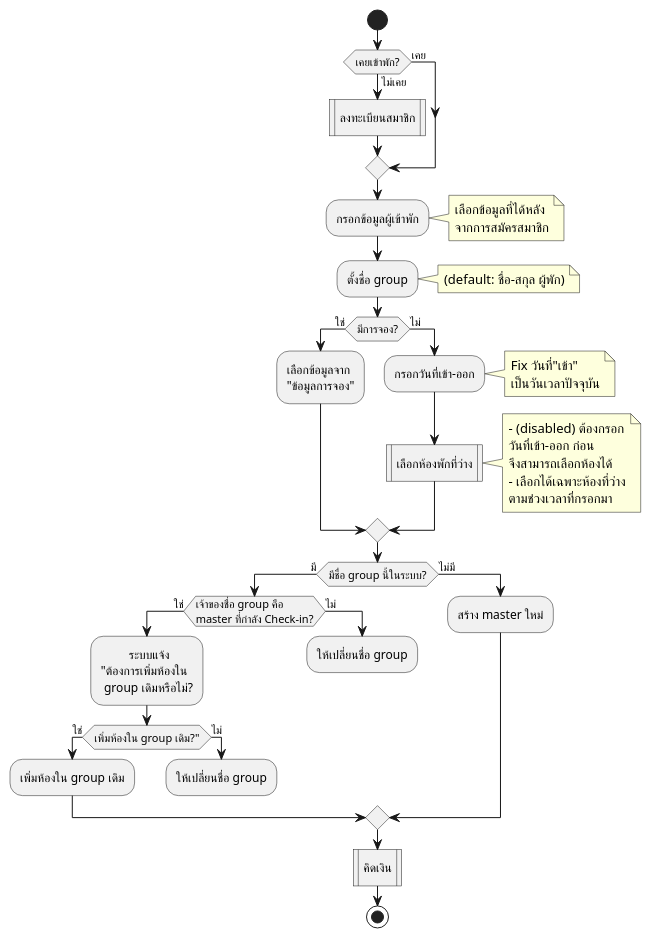
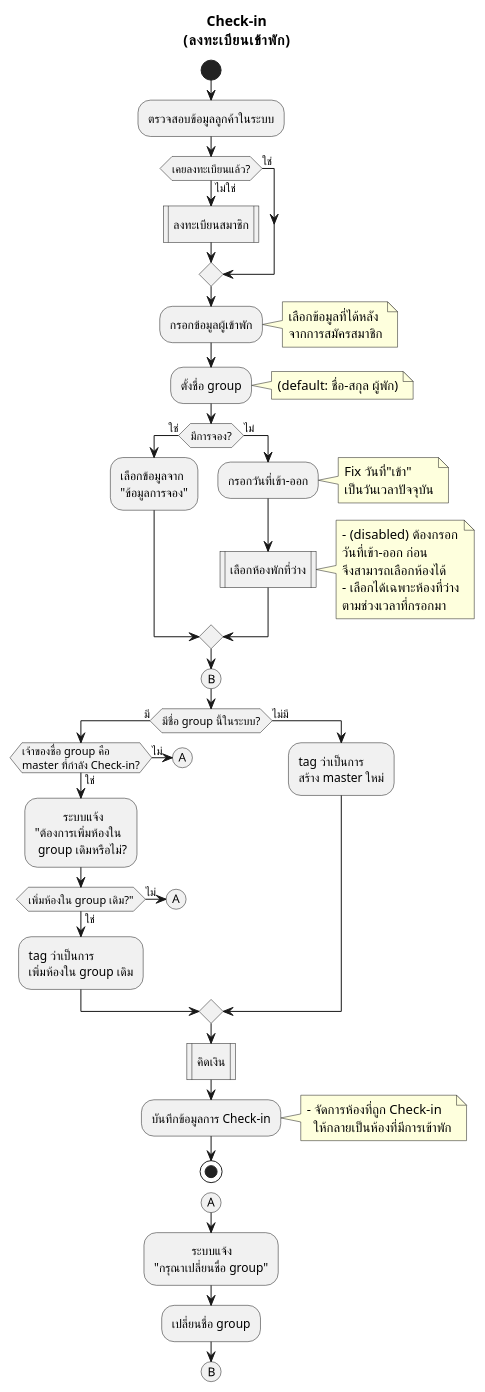
One commit to cheat13/Prompiman_Diagram changed the diagram in activity-diagram/Check-in/Check-in.md. Above: the diagram before and after it, drawn with PlantUML. The commit also changed 3 other files, not shown here.

```diff
--- a/activity-diagram/Check-in/Check-in.md
+++ b/activity-diagram/Check-in/Check-in.md
@@ -1,59 +1,72 @@
 @startuml
+title Check-in\n(ลงทะเบียนเข้าพัก)
 start
 
-if (เคยเข้าพัก?) then (เคย)
+:ตรวจสอบข้อมูลลูกค้าในระบบ;
 
-else (ไม่เคย)
+if (เคยลงทะเบียนแล้ว?) then (ไม่ใช่)
     :ลงทะเบียนสมาชิก|
+else (ใช่)
 endif
 
 :กรอกข้อมูลผู้เข้าพัก;
 note right 
     เลือกข้อมูลที่ได้หลัง
     จากการสมัครสมาชิก
 endnote
 
 :ตั้งชื่อ group;
 note right: (default: ชื่อ-สกุล ผู้พัก)
 
 if (มีการจอง?) then (ใช่)
     :เลือกข้อมูลจาก\n"ข้อมูลการจอง";
 else (ไม่)
     :กรอกวันที่เข้า-ออก;
     note right
         Fix วันที่"เข้า"
         เป็นวันเวลาปัจจุบัน
     endnote
 
     :เลือกห้องพักที่ว่าง|
     note right
         - (disabled) ต้องกรอก
         วันที่เข้า-ออก ก่อน
         จึงสามารถเลือกห้องได้
         - เลือกได้เฉพาะห้องที่ว่าง
         ตามช่วงเวลาที่กรอกมา
     endnote
 
 endif
-  
+
+(B)
 if (มีชื่อ group นี้ในระบบ?) then (มี)
     if (เจ้าของชื่อ group คือ\nmaster ที่กำลัง Check-in?) then (ใช่)
         :         ระบบแจ้ง\n"ต้องการเพิ่มห้องใน\n group เดิมหรือไม่?;
         if (เพิ่มห้องใน group เดิม?") then (ใช่)
-        :เพิ่มห้องใน group เดิม;
+        :tag ว่าเป็นการ\nเพิ่มห้องใน group เดิม;
         else (ไม่)
-            :ให้เปลี่ยนชื่อ group;
+            (A)
             detach
         endif
     else (ไม่)
-        :ให้เปลี่ยนชื่อ group;
+        (A)
         detach
     endif
 else (ไม่มี)
-    :สร้าง master ใหม่;    
+    :tag ว่าเป็นการ\nสร้าง master ใหม่;    
 endif
 
 :คิดเงิน|
+:บันทึกข้อมูลการ Check-in;
+note right
+    - จัดการห้องที่ถูก Check-in 
+      ให้กลายเป็นห้องที่มีการเข้าพัก
+endnote
+stop
 
-stop
+(A)
+:            ระบบแจ้ง\n"กรุณาเปลี่ยนชื่อ group";
+:เปลี่ยนชื่อ group;
+(B)
+
 @enduml
```
